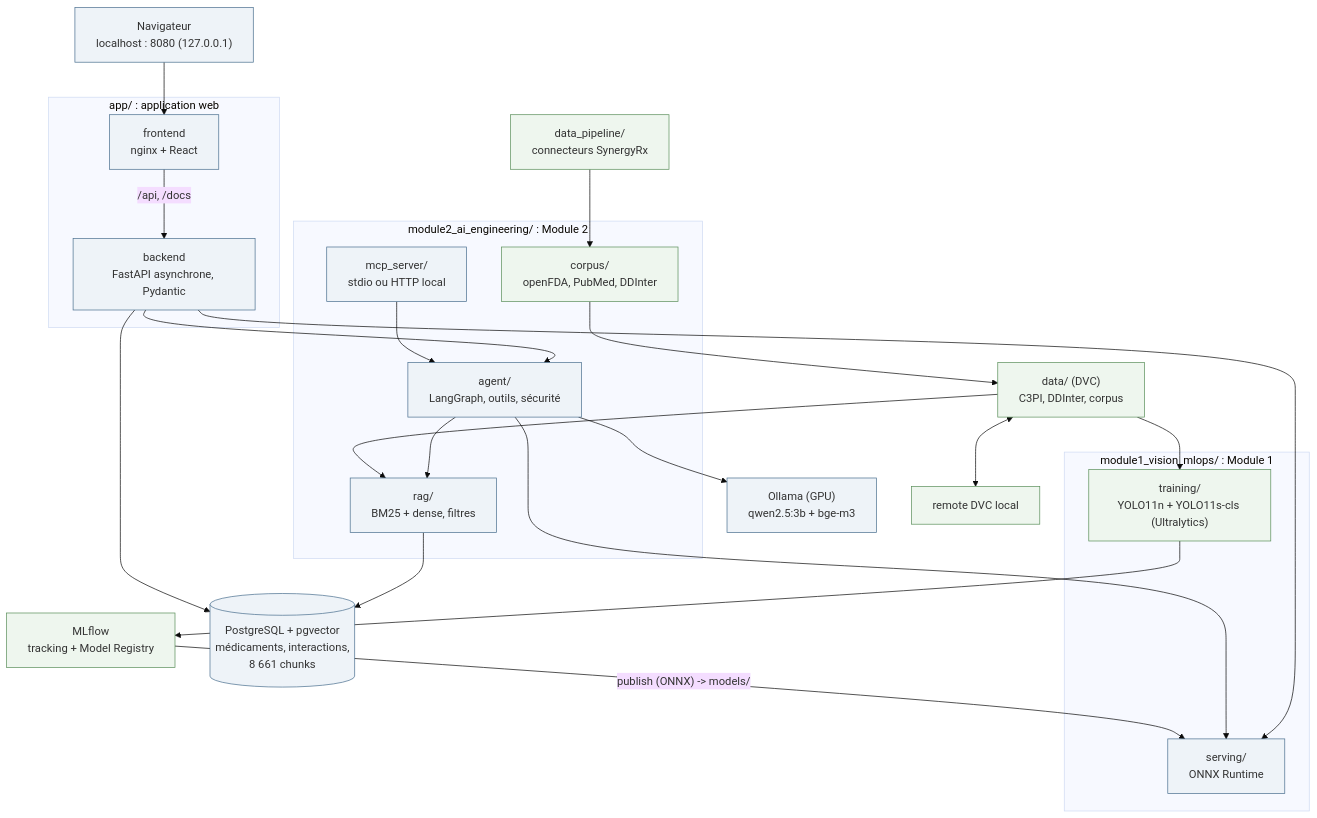
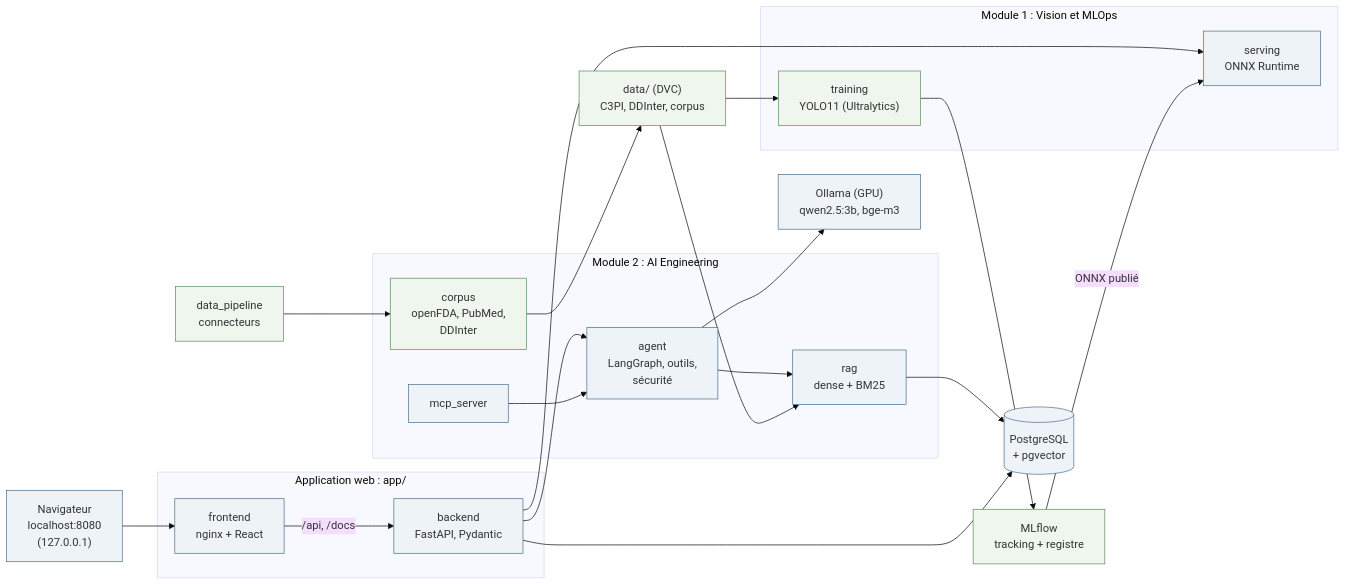
Before and after one commit to melekbouabid/syRX: the diagram in docs/diagrams/architecture.mmd, drawn with Mermaid (base theme). The commit also changed 3 other files, not shown here.

First line of the commit message:
docs: regenerate diagrams and report PDFs after the restructuring

```diff
--- a/docs/diagrams/architecture.mmd
+++ b/docs/diagrams/architecture.mmd
@@ -1,34 +1,32 @@
-flowchart TB
-  NAV["Navigateur<br/>localhost : 8080 (127.0.0.1)"] --> FE
-  subgraph APP["app/ : application web"]
-    FE["frontend<br/>nginx + React"] -- "/api, /docs" --> BE["backend<br/>FastAPI asynchrone, Pydantic"]
+flowchart LR
+  NAV["Navigateur<br/>localhost:8080<br/>(127.0.0.1)"] --> FE
+  subgraph APP["Application web : app/"]
+    FE["frontend<br/>nginx + React"] -- "/api, /docs" --> BE["backend<br/>FastAPI, Pydantic"]
   end
-  subgraph M1["module1_vision_mlops/ : Module 1"]
-    TR["training/<br/>YOLO11n + YOLO11s-cls (Ultralytics)"]
-    SCAN["serving/<br/>ONNX Runtime"]
+  subgraph M1["Module 1 : Vision et MLOps"]
+    SCAN["serving<br/>ONNX Runtime"]
+    TR["training<br/>YOLO11 (Ultralytics)"]
   end
-  subgraph M2["module2_ai_engineering/ : Module 2"]
-    CORP["corpus/<br/>openFDA, PubMed, DDInter"]
-    RAG["rag/<br/>BM25 + dense, filtres"]
-    AG["agent/<br/>LangGraph, outils, sécurité"]
-    MCP["mcp_server/<br/>stdio ou HTTP local"]
+  subgraph M2["Module 2 : AI Engineering"]
+    AG["agent<br/>LangGraph, outils,<br/>sécurité"]
+    MCP["mcp_server"]
+    RAG["rag<br/>dense + BM25"]
+    CORP["corpus<br/>openFDA, PubMed,<br/>DDInter"]
   end
   BE --> SCAN
   BE --> AG
   MCP --> AG
-  AG --> SCAN
   AG --> RAG
-  RAG --> PG[("PostgreSQL + pgvector<br/>médicaments, interactions,<br/>8 661 chunks")]
+  AG --> OL["Ollama (GPU)<br/>qwen2.5:3b, bge-m3"]
+  RAG --> PG[("PostgreSQL<br/>+ pgvector")]
   BE --> PG
-  AG --> OL["Ollama (GPU)<br/>qwen2.5:3b + bge-m3"]
+  TR --> MLF["MLflow<br/>tracking + registre"]
+  MLF -- "ONNX publié" --> SCAN
   DATA["data/ (DVC)<br/>C3PI, DDInter, corpus"] --> TR
-  PIPE["data_pipeline/<br/>connecteurs SynergyRx"] --> CORP
   CORP --> DATA
   DATA --> RAG
-  TR --> MLF["MLflow<br/>tracking + Model Registry"]
-  MLF -- "publish (ONNX) -> models/" --> SCAN
-  DATA <--> DVC["remote DVC local"]
+  PIPE["data_pipeline<br/>connecteurs"] --> CORP
   classDef ops fill:#eef6ee,stroke:#5a8f5a
   classDef app fill:#eef3f8,stroke:#4a6f8f
-  class DATA,TR,MLF,DVC,PIPE,CORP ops
+  class DATA,TR,MLF,PIPE,CORP ops
   class NAV,FE,BE,SCAN,AG,OL,PG,MCP,RAG app
```
